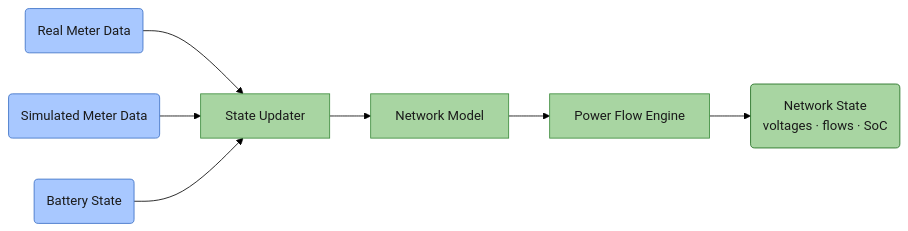
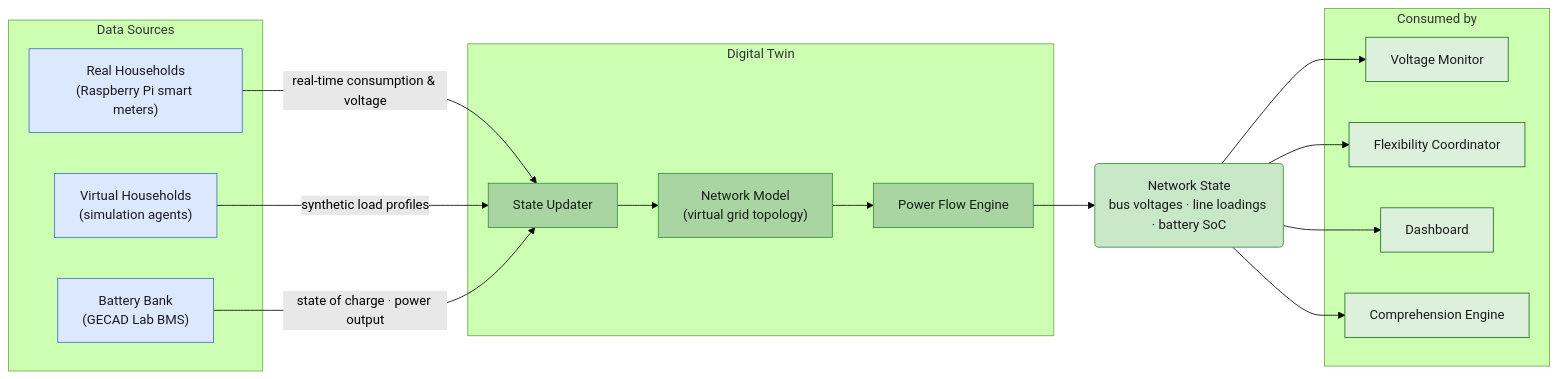
One commit to rafaeldpsilva/sa4cps-vault changed the fourth of 8 diagrams in Sa4CPS/UC4_Enabler_Diagrams.md. Above: the diagram before and after it, drawn with Mermaid (forest theme). The commit also changed other lines of this file, not shown here.

````diff
--- a/Sa4CPS/UC4_Enabler_Diagrams.md
+++ b/Sa4CPS/UC4_Enabler_Diagrams.md
@@ -126,27 +144,44 @@
 ```mermaid
 flowchart LR
 
-    classDef input  fill:#a8c8ff,stroke:#3a6fc4,color:#1a1a1a
-    classDef proc   fill:#a8d5a2,stroke:#3a8a3a,color:#1a1a1a
-    classDef output fill:#a8d5a2,stroke:#1a6a1a,color:#1a1a1a
+    classDef src  fill:#dce8ff,stroke:#3a6fc4,color:#1a1a1a
+    classDef proc fill:#a8d5a2,stroke:#3a8a3a,color:#1a1a1a
+    classDef mid  fill:#c8e8c8,stroke:#3a8a3a,color:#1a1a1a
+    classDef dst  fill:#dcf0dc,stroke:#1a6a1a,color:#1a1a1a
 
-    RD("Real Meter Data")
-    SD("Simulated Meter Data")
-    BS("Battery State")
+    subgraph SRC["Data Sources"]
+        RH["Real Households\n(Raspberry Pi smart meters)"]
+        VH["Virtual Households\n(simulation agents)"]
+        BMS["Battery Bank\n(GECAD Lab BMS)"]
+    end
 
-    SU["State Updater"]
-    NM["Network Model"]
-    PF["Power Flow Engine"]
-    SU --> NM --> PF
+    subgraph EN["Digital Twin"]
+        SU["State Updater"]
+        NM["Network Model\n(virtual grid topology)"]
+        PF["Power Flow Engine"]
+        SU --> NM --> PF
+    end
 
-    NS("Network State\nvoltages · flows · SoC")
+    NS("Network State\nbus voltages · line loadings · battery SoC")
 
-    RD --> SU
-    SD --> SU
-    BS --> SU
-    PF --> NS
+    subgraph DST["Consumed by"]
+        VM["Voltage Monitor"]
+        FLC["Flexibility Coordinator"]
+        DB["Dashboard"]
+        CE["Comprehension Engine"]
+    end
 
-    class RD,SD,BS input
+    RH  -->|real-time consumption & voltage| SU
+    VH  -->|synthetic load profiles| SU
+    BMS -->|state of charge · power output| SU
+    PF  --> NS
+    NS  --> VM
+    NS  --> FLC
+    NS  --> DB
+    NS  --> CE
+
+    class RH,VH,BMS src
     class SU,NM,PF proc
-    class NS output
+    class NS mid
+    class VM,FLC,DB,CE dst
 ```
````
